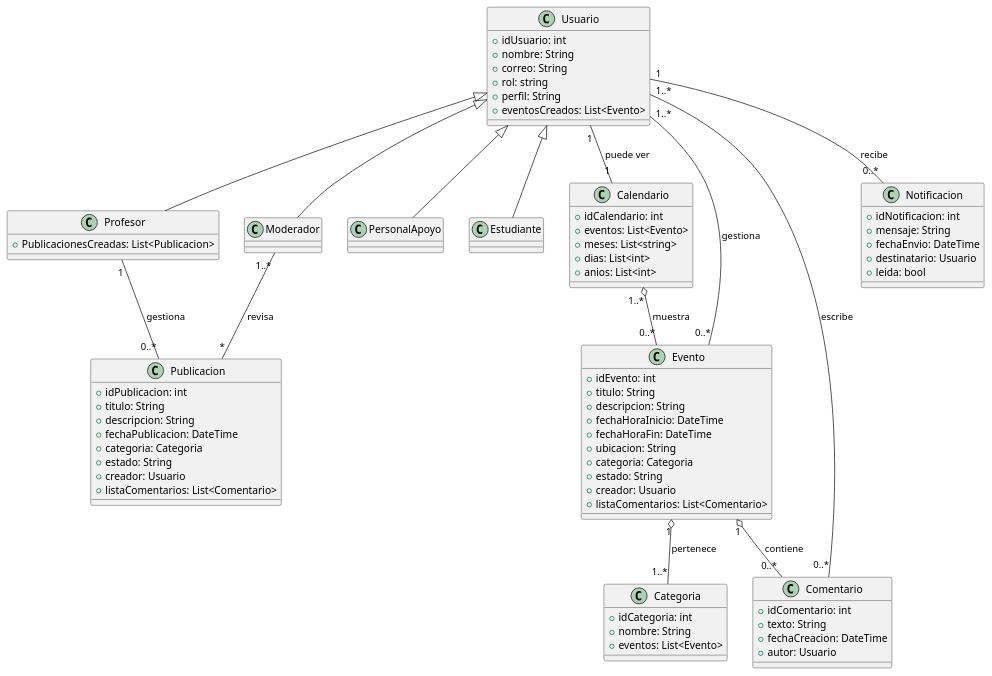
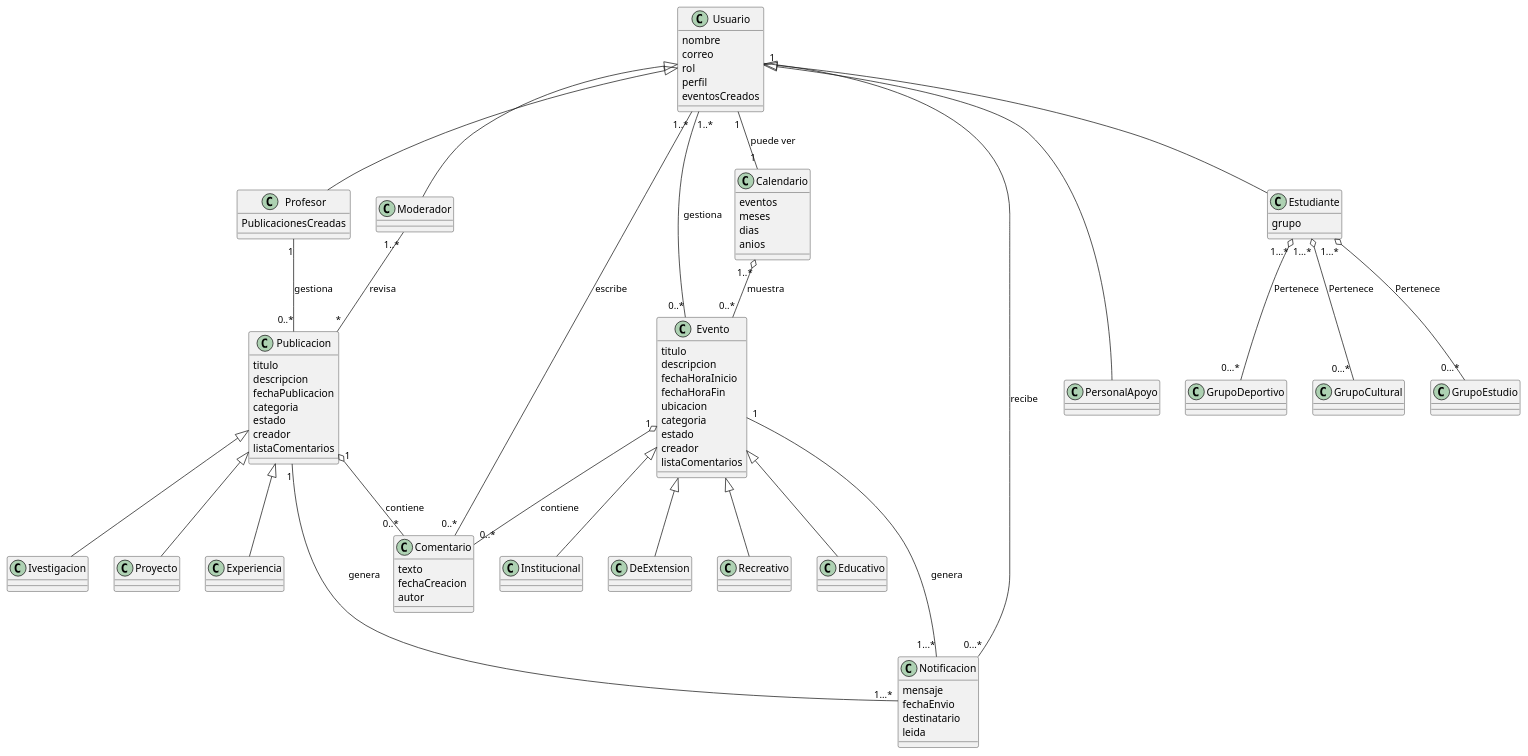
Before and after one commit to Andreinalcm/Proyecto_de_inge_grupo4: the diagram in docs/scenariosView/ModeloDedominio/diagrama_de_clases.plantuml, drawn with PlantUML. The commit also changed 6 other files, not shown here.

Commit message:
Modificación de diagrama de clases y estados en el modelo de dominio

```diff
--- a/docs/scenariosView/ModeloDedominio/diagrama_de_clases.plantuml
+++ b/docs/scenariosView/ModeloDedominio/diagrama_de_clases.plantuml
@@ -1,92 +1,113 @@
 @startuml Diagrama de clases
 
-
 class Usuario {
-    +idUsuario: int
-    +nombre: String
-    +correo: String
-    +rol: string
-    +perfil: String
-    +eventosCreados: List<Evento>
+    nombre
+    correo
+    rol
+    perfil
+    eventosCreados
 }
 
+class GrupoEstudio{}
+
+class GrupoDeportivo{}
+
+class GrupoCultural{}
+
 class Profesor{
-    +PublicacionesCreadas: List<Publicacion>
+    PublicacionesCreadas
 }
 
 class Moderador{}
 
 class PersonalApoyo{}
 
-class Estudiante{}
+class Estudiante{
+    grupo
+}
 
 class Calendario {
-    +idCalendario: int
-    +eventos: List<Evento>
-    +meses: List<string>
-    +dias: List<int>
-    +anios: List<int>
+    eventos
+    meses
+    dias
+    anios
 }
 
 class Publicacion{
-    +idPublicacion: int
-    +titulo: String
-    +descripcion: String
-    +fechaPublicacion: DateTime
-    +categoria: Categoria
-    +estado: String
-    +creador: Usuario
-    +listaComentarios: List<Comentario>
+    titulo
+    descripcion
+    fechaPublicacion
+    categoria
+    estado
+    creador
+    listaComentarios
 }
 
+class Ivestigacion{}
+
+class Proyecto{}
+
+class Experiencia{}
+
 class Evento {
-    +idEvento: int
-    +titulo: String
-    +descripcion: String
-    +fechaHoraInicio: DateTime
-    +fechaHoraFin: DateTime
-    +ubicacion: String
-    +categoria: Categoria
-    +estado: String
-    +creador: Usuario
-    +listaComentarios: List<Comentario>
+    titulo
+    descripcion
+    fechaHoraInicio
+    fechaHoraFin
+    ubicacion
+    categoria
+    estado
+    creador
+    listaComentarios
 }
 
 class Comentario {
-    +idComentario: int
-    +texto: String
-    +fechaCreacion: DateTime
-    +autor: Usuario
+    texto
+    fechaCreacion
+    autor
 }
 
-class Categoria {
-    +idCategoria: int
-    +nombre: String
-    +eventos: List<Evento>
-}
+class Institucional {}
+
+class DeExtension {}
+
+class Recreativo {}
+
+class Educativo {}
 
 class Notificacion {
-    +idNotificacion: int
-    +mensaje: String
-    +fechaEnvio: DateTime
-    +destinatario: Usuario
-    +leida: bool
+    mensaje
+    fechaEnvio
+    destinatario
+    leida
 }
 
 
 Usuario <|-- Profesor 
 Usuario <|-- Moderador
-Usuario <|-- PersonalApoyo 
+Usuario <|--- PersonalApoyo 
 Usuario <|-- Estudiante
 
 Usuario "1..*" -- "0..*" Evento : gestiona
 Usuario "1..*" -- "0..*" Comentario : escribe
 Evento "1" o-- "0..*" Comentario : contiene
-Evento "1" o-- "1..*" Categoria : pertenece
-Usuario "1" -- "0..*" Notificacion : recibe
+Evento <|-- Institucional
+Evento <|-- DeExtension
+Evento <|-- Recreativo
+Evento <|-- Educativo
+Evento "1" -- "1...*" Notificacion : genera
+Usuario "1" --- "0...*" Notificacion : recibe
 Usuario "1" -- "1" Calendario : puede ver
 Calendario "1..*" o-- "0..*" Evento: muestra
 Profesor "1" -- "0..*" Publicacion: gestiona
 Moderador "1..*" -- "*" Publicacion: revisa
+Estudiante "1...*" o-- "0...*" GrupoEstudio: Pertenece
+Estudiante "1...*" o-- "0...*" GrupoDeportivo: Pertenece
+Estudiante "1...*" o-- "0...*" GrupoCultural: Pertenece
+Publicacion <|-- Ivestigacion
+Publicacion <|-- Proyecto
+Publicacion <|-- Experiencia
+Publicacion "1" o-- "0..*" Comentario : contiene
+Publicacion "1" --- "1...*" Notificacion : genera
 
 @enduml
```
